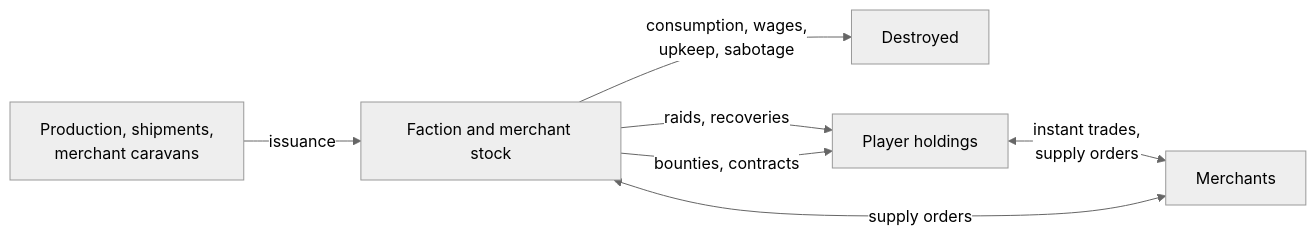
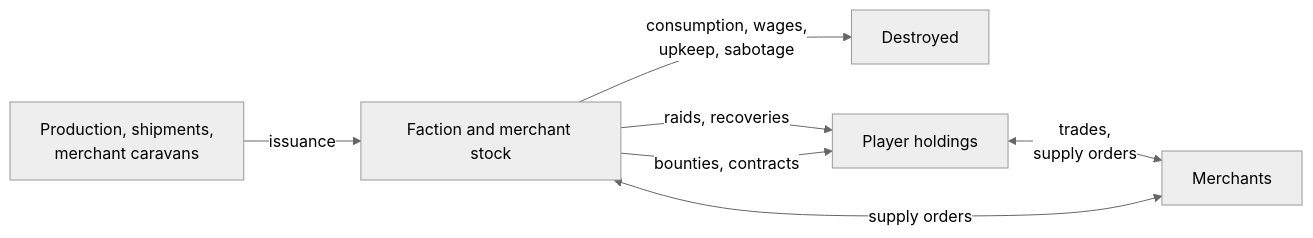
Before and after one commit to Psalmuel01/contract-zero: the third of 5 diagrams in README.md, drawn with Mermaid (neutral theme). The commit also changed other lines of this file and 2 other files, not shown here.

````diff
--- a/README.md
+++ b/README.md
@@ -140,9 +122,9 @@
 ```mermaid
 flowchart LR
   P[Production, shipments,<br/>merchant caravans] -->|issuance| F[Faction and merchant stock]
   F -->|consumption, wages,<br/>upkeep, sabotage| X[Destroyed]
   F -->|raids, recoveries| PL[Player holdings]
-  PL <-->|instant trades,<br/>supply orders| M[Merchants]
+  PL <-->|trades,<br/>supply orders| M[Merchants]
   F <-->|supply orders| M
   F -->|bounties, contracts| PL
 ```
````
